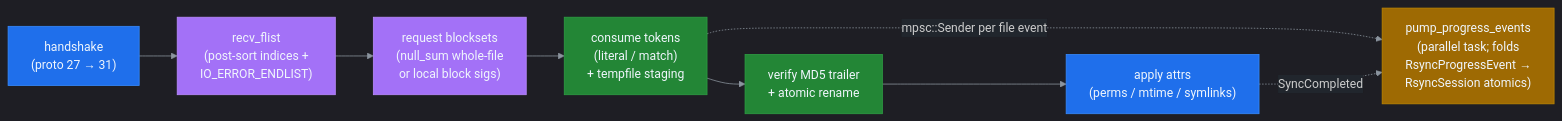
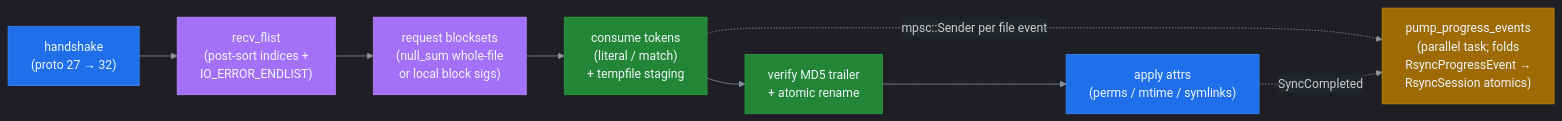
The ninth of 10 diagrams in docs/ARCHITECTURE.md (farchanjo/ssh-mcp), drawn with Mermaid before and after one commit. The commit also changed other lines of this file, not shown here.

First line of the commit message:
docs(architecture): refresh v7.0.1 surface (version + proto + schemes)

````diff
--- a/docs/ARCHITECTURE.md
+++ b/docs/ARCHITECTURE.md
@@ -637,27 +637,27 @@
 ```mermaid
 %%{init: {'theme':'dark','themeVariables':{'primaryColor':'#1f6feb','primaryTextColor':'#f0f6fc','primaryBorderColor':'#388bfd','lineColor':'#8b949e','secondaryColor':'#161b22','tertiaryColor':'#21262d','background':'#0d1117','mainBkg':'#161b22','secondBkg':'#21262d','tertiaryBkg':'#0d1117','nodeTextColor':'#f0f6fc','edgeLabelBackground':'#21262d','clusterBkg':'#161b22','clusterBorder':'#30363d','titleColor':'#f0f6fc'}}}%%
 flowchart LR
-    H["handshake<br/>(proto 27 → 31)"]
+    H["handshake<br/>(proto 27 → 32)"]
     R["recv_flist<br/>(post-sort indices +<br/>IO_ERROR_ENDLIST)"]
     BS["request blocksets<br/>(null_sum whole-file<br/>or local block sigs)"]
     CT["consume tokens<br/>(literal / match)<br/>+ tempfile staging"]
     V["verify MD5 trailer<br/>+ atomic rename"]
     A["apply attrs<br/>(perms / mtime / symlinks)"]
     P["pump_progress_events<br/>(parallel task; folds<br/>RsyncProgressEvent →<br/>RsyncSession atomics)"]
 
     H --> R
     R --> BS
     BS --> CT
     CT --> V
     V --> A
     CT -.->|mpsc::Sender per file event| P
     A -.->|SyncCompleted| P
 
     style H fill:#1f6feb,color:#f0f6fc,stroke:#388bfd
     style R fill:#a371f7,color:#f0f6fc,stroke:#bc8cff
     style BS fill:#a371f7,color:#f0f6fc,stroke:#bc8cff
     style CT fill:#238636,color:#f0f6fc,stroke:#2ea043
     style V fill:#238636,color:#f0f6fc,stroke:#2ea043
     style A fill:#1f6feb,color:#f0f6fc,stroke:#388bfd
     style P fill:#9e6a03,color:#f0f6fc,stroke:#bf8700
 ```
````
